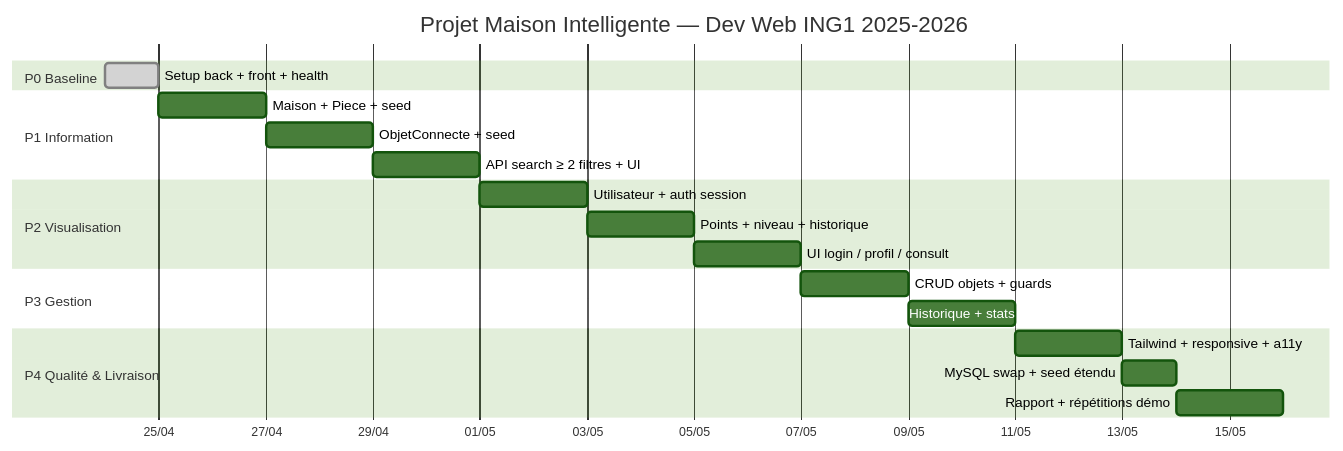
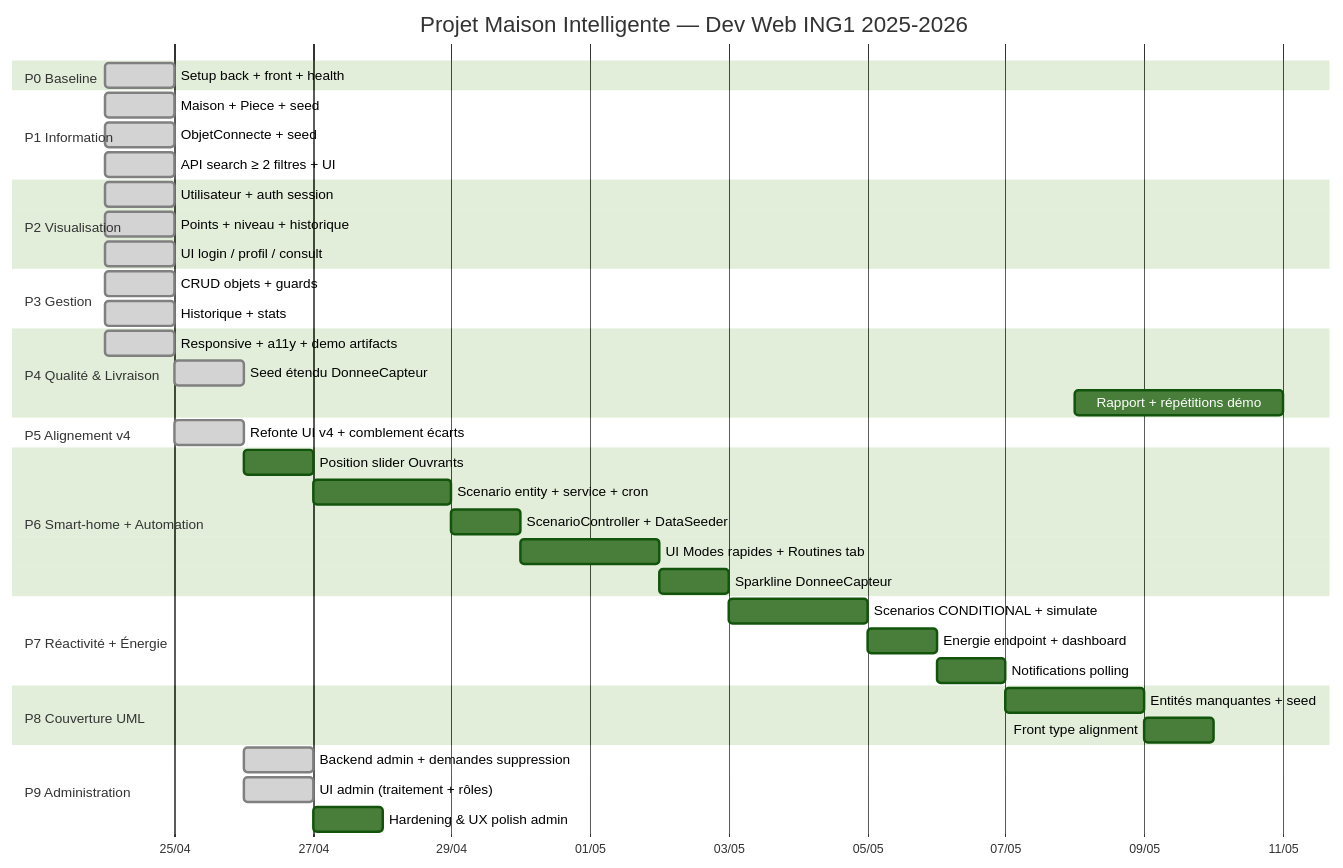
One commit to khayem487/Dev-Web-ING-1-S2-public changed the diagram in PLAN.md. Above: the diagram before and after it, drawn with Mermaid (forest theme). The commit also changed other lines of this file and 2 other files, not shown here.

Commit message:
docs(context): sync plan/tasks/worklog for admin scope and current priorities

````diff
--- a/PLAN.md
+++ b/PLAN.md
@@ -133,28 +241,52 @@
 ```mermaid
 gantt
     title Projet Maison Intelligente — Dev Web ING1 2025-2026
     dateFormat  YYYY-MM-DD
     axisFormat  %d/%m
 
     section P0 Baseline
     Setup back + front + health           :done, p0, 2026-04-24, 1d
 
     section P1 Information
-    Maison + Piece + seed                 :p1a, 2026-04-25, 2d
-    ObjetConnecte + seed                  :p1b, after p1a, 2d
-    API search ≥ 2 filtres + UI           :p1c, after p1b, 2d
+    Maison + Piece + seed                 :done, p1a, 2026-04-24, 1d
+    ObjetConnecte + seed                  :done, p1b, 2026-04-24, 1d
+    API search ≥ 2 filtres + UI           :done, p1c, 2026-04-24, 1d
 
     section P2 Visualisation
-    Utilisateur + auth session            :p2a, after p1c, 2d
-    Points + niveau + historique          :p2b, after p2a, 2d
-    UI login / profil / consult           :p2c, after p2b, 2d
+    Utilisateur + auth session            :done, p2a, 2026-04-24, 1d
+    Points + niveau + historique          :done, p2b, 2026-04-24, 1d
+    UI login / profil / consult           :done, p2c, 2026-04-24, 1d
 
     section P3 Gestion
-    CRUD objets + guards                  :p3a, after p2c, 2d
-    Historique + stats                    :p3b, after p3a, 2d
+    CRUD objets + guards                  :done, p3a, 2026-04-24, 1d
+    Historique + stats                    :done, p3b, 2026-04-24, 1d
 
     section P4 Qualité & Livraison
-    Tailwind + responsive + a11y          :p4a, after p3b, 2d
-    MySQL swap + seed étendu              :p4b, after p4a, 1d
-    Rapport + répétitions démo            :p4c, after p4b, 2d
+    Responsive + a11y + demo artifacts    :done, p4a, 2026-04-24, 1d
+    Seed étendu DonneeCapteur             :done, p4b, 2026-04-25, 1d
+    Rapport + répétitions démo            :p4c, 2026-05-08, 3d
+
+    section P5 Alignement v4
+    Refonte UI v4 + comblement écarts     :done, p5, 2026-04-25, 1d
+
+    section P6 Smart-home + Automation
+    Position slider Ouvrants              :p6a, 2026-04-26, 1d
+    Scenario entity + service + cron      :p6b, after p6a, 2d
+    ScenarioController + DataSeeder       :p6c, after p6b, 1d
+    UI Modes rapides + Routines tab       :p6d, after p6c, 2d
+    Sparkline DonneeCapteur               :p6e, after p6d, 1d
+
+    section P7 Réactivité + Énergie
+    Scenarios CONDITIONAL + simulate      :p7a, after p6e, 2d
+    Energie endpoint + dashboard          :p7b, after p7a, 1d
+    Notifications polling                 :p7c, after p7b, 1d
+
+    section P8 Couverture UML
+    Entités manquantes + seed             :p8a, after p7c, 2d
+    Front type alignment                  :p8b, after p8a, 1d
+
+    section P9 Administration
+    Backend admin + demandes suppression  :done, p9a, 2026-04-26, 1d
+    UI admin (traitement + rôles)         :done, p9b, 2026-04-26, 1d
+    Hardening & UX polish admin           :p9c, after p9b, 1d
 ```
````
